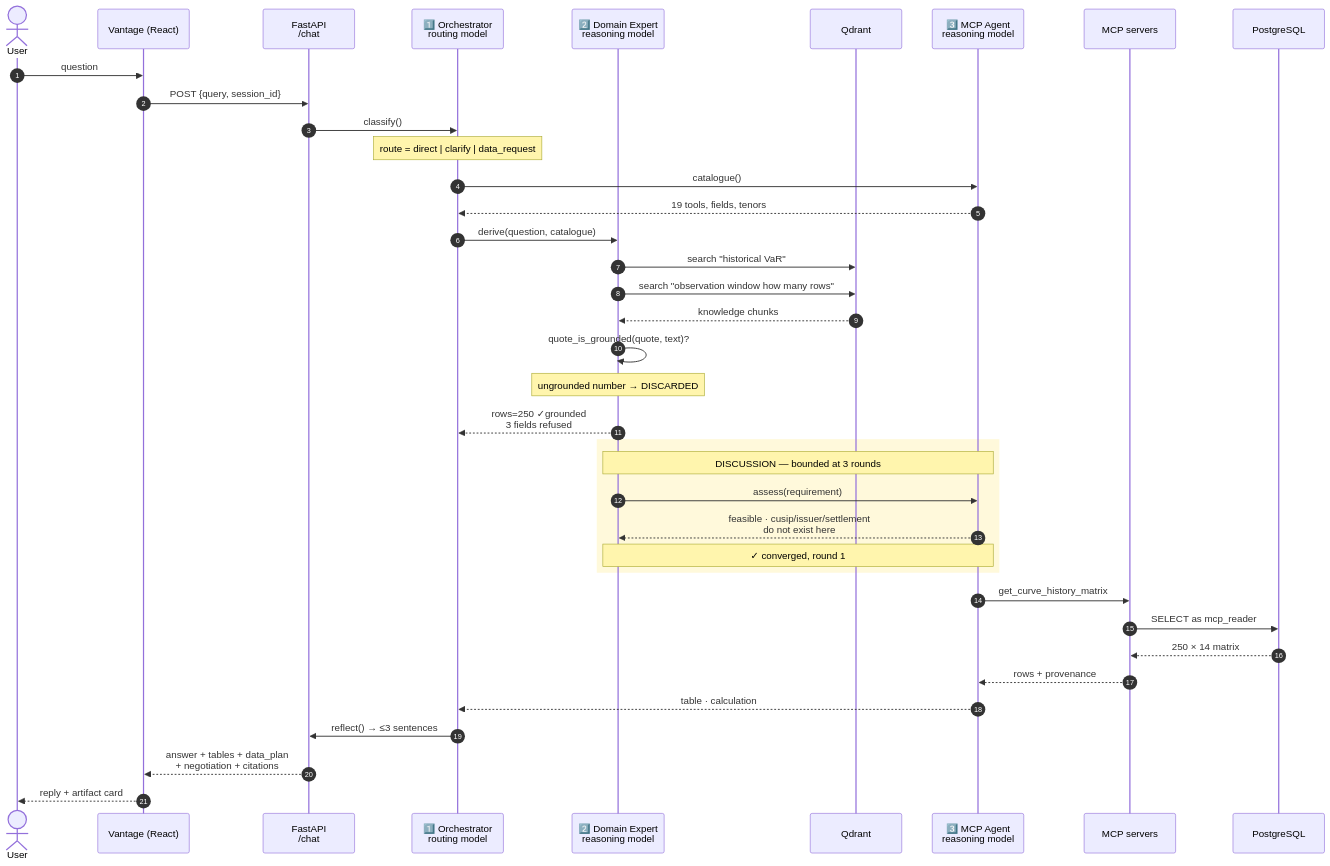
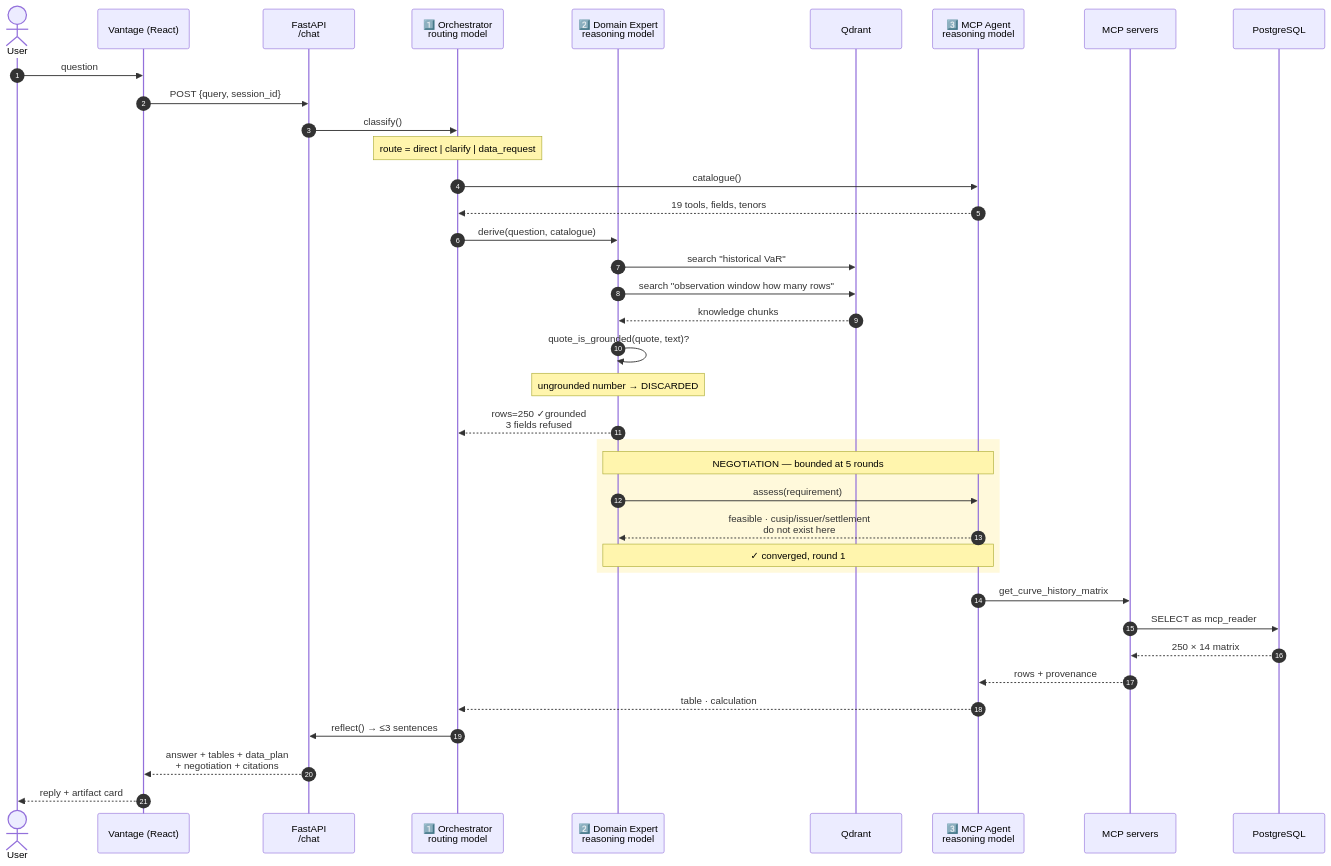
The second of 10 diagrams in README.md (KrishnaAnnavaram/semantic-mcp-data-access-gateway), drawn with Mermaid before and after one commit. The commit also changed other lines of this file and 59 other files, not shown here.

````diff
--- a/README.md
+++ b/README.md
@@ -134,47 +134,47 @@
 ```mermaid
 sequenceDiagram
     autonumber
     actor User
     participant UI as Vantage (React)
     participant API as FastAPI<br/>/chat
     participant ORC as 1️⃣ Orchestrator<br/>routing model
     participant DOM as 2️⃣ Domain Expert<br/>reasoning model
     participant QD as Qdrant
     participant MCP as 3️⃣ MCP Agent<br/>reasoning model
     participant SRV as MCP servers
     participant PG as PostgreSQL
 
     User->>UI: question
     UI->>API: POST {query, session_id}
     API->>ORC: classify()
 
     Note over ORC: route = direct | clarify | data_request
 
     ORC->>MCP: catalogue()
     MCP-->>ORC: 19 tools, fields, tenors
 
     ORC->>DOM: derive(question, catalogue)
     DOM->>QD: search "historical VaR"
     DOM->>QD: search "observation window how many rows"
     QD-->>DOM: knowledge chunks
     DOM->>DOM: quote_is_grounded(quote, text)?
     Note over DOM: ungrounded number → DISCARDED
     DOM-->>ORC: rows=250 ✓grounded<br/>3 fields refused
 
     rect rgb(255, 249, 219)
-    Note over DOM,MCP: DISCUSSION — bounded at 3 rounds
+    Note over DOM,MCP: NEGOTIATION — bounded at 5 rounds
     DOM->>MCP: assess(requirement)
     MCP-->>DOM: feasible · cusip/issuer/settlement<br/>do not exist here
     Note over DOM,MCP: ✓ converged, round 1
     end
 
     MCP->>SRV: get_curve_history_matrix
     SRV->>PG: SELECT as mcp_reader
     PG-->>SRV: 250 × 14 matrix
     SRV-->>MCP: rows + provenance
     MCP-->>ORC: table · calculation
 
     ORC->>API: reflect() → ≤3 sentences
     API-->>UI: answer + tables + data_plan<br/>+ negotiation + citations
     UI-->>User: reply + artifact card
 ```
````
